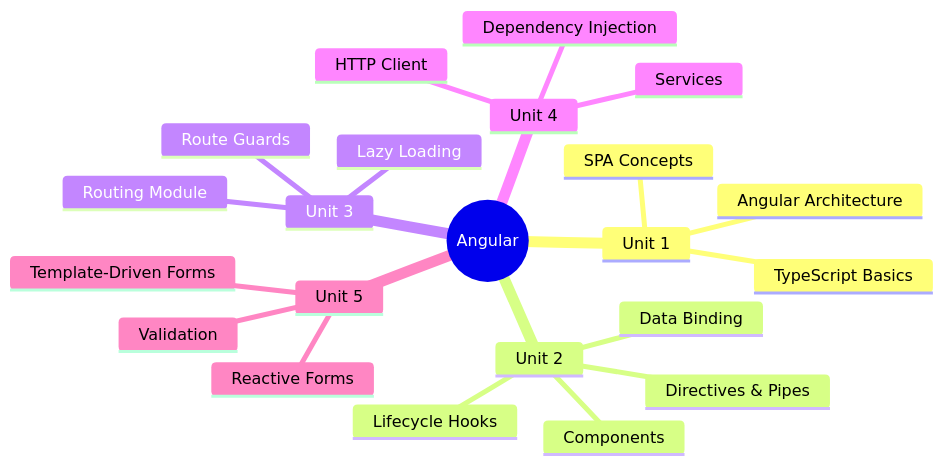
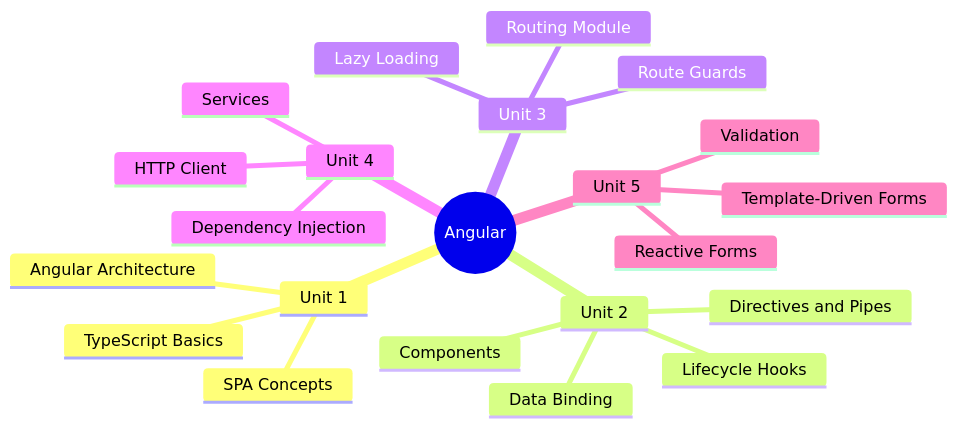
One commit to amitdevx/TY changed the first of 2 diagrams in 02-Semester-VI/CS-352-MJ-T-Design-Framework/Overview.md. Above: the diagram before and after it, drawn with Mermaid. The commit also changed other lines of this file and 186 other files, not shown here.

````diff
--- a/02-Semester-VI/CS-352-MJ-T-Design-Framework/Overview.md
+++ b/02-Semester-VI/CS-352-MJ-T-Design-Framework/Overview.md
@@ -40,25 +42,25 @@
 ```mermaid
 mindmap
   root((Angular))
     Unit 1
       Angular Architecture
       SPA Concepts
       TypeScript Basics
     Unit 2
       Components
       Lifecycle Hooks
       Data Binding
-      Directives & Pipes
+      Directives and Pipes
     Unit 3
       Routing Module
       Route Guards
       Lazy Loading
     Unit 4
       Services
       Dependency Injection
       HTTP Client
     Unit 5
       Template-Driven Forms
       Reactive Forms
       Validation
 ```
````
